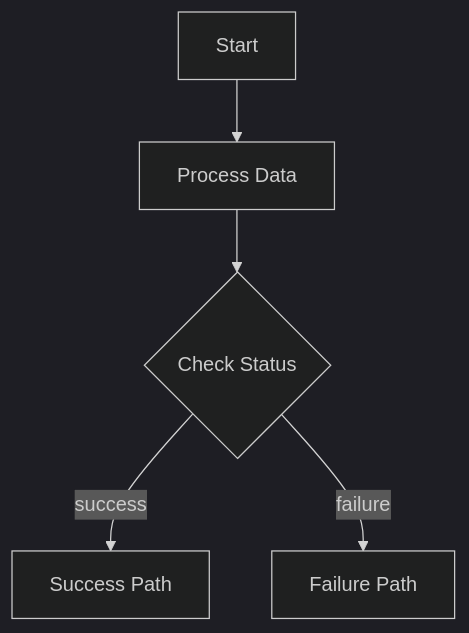
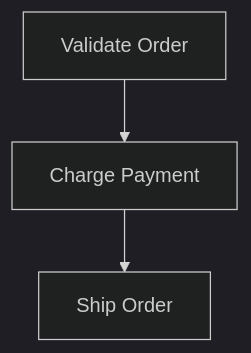
The diagram in README.md (parevo/flow), drawn with Mermaid (dark theme) before and after one commit. The commit also changed other lines of this file and 4 other files, not shown here.

````diff
--- a/README.md
+++ b/README.md
@@ -271,13 +527,8 @@
 ```mermaid
 flowchart TD
-    start[Start]
-    process[Process Data]
-    check{Check Status}
-    success[Success Path]
-    failure[Failure Path]
-    
-    start --> process
-    process --> check
-    check -->|success| success
-    check -->|failure| failure
+    validate[Validate Order]
+    charge[Charge Payment]
+    ship[Ship Order]
+    validate --> charge
+    charge --> ship
 ```
````
